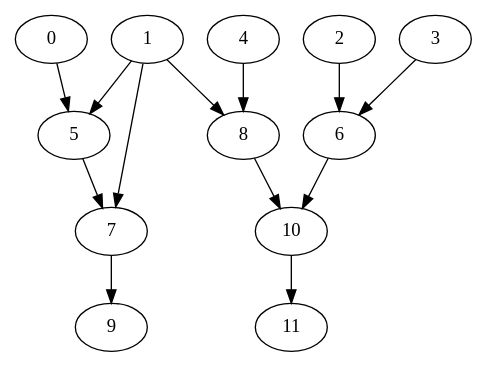
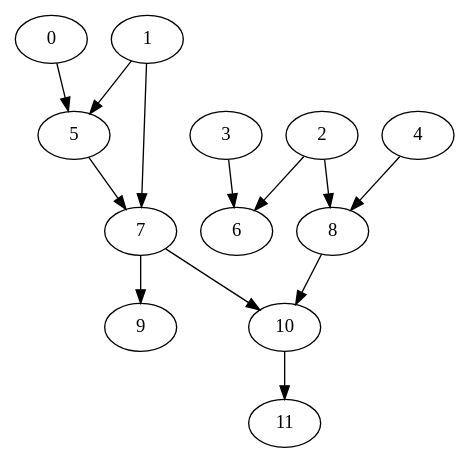
The diagram in test.dot (Ajax12345/protestGP), drawn with Graphviz before and after one commit. The commit also changed 1 other file, not shown here.

```diff
--- a/test.dot
+++ b/test.dot
@@ -1,26 +1,26 @@
 strict digraph "" {
 	0	[layer=1];
 	5	[layer=2];
 	0 -> 5;
 	1	[layer=1];
 	1 -> 5;
-	8	[layer=2];
-	1 -> 8;
 	7	[layer=3];
 	1 -> 7;
 	2	[layer=1];
 	6	[layer=2];
 	2 -> 6;
+	8	[layer=2];
+	2 -> 8;
 	3	[layer=1];
 	3 -> 6;
 	4	[layer=1];
 	4 -> 8;
 	5 -> 7;
-	10	[layer=3];
-	6 -> 10;
+	10	[layer=4];
 	8 -> 10;
 	9	[layer=4];
 	7 -> 9;
+	7 -> 10;
 	11	[layer=5];
 	10 -> 11;
 }
```
